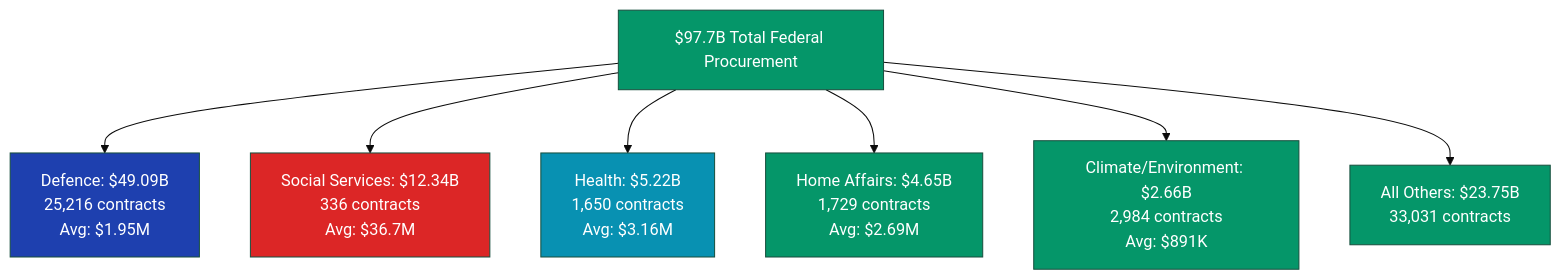
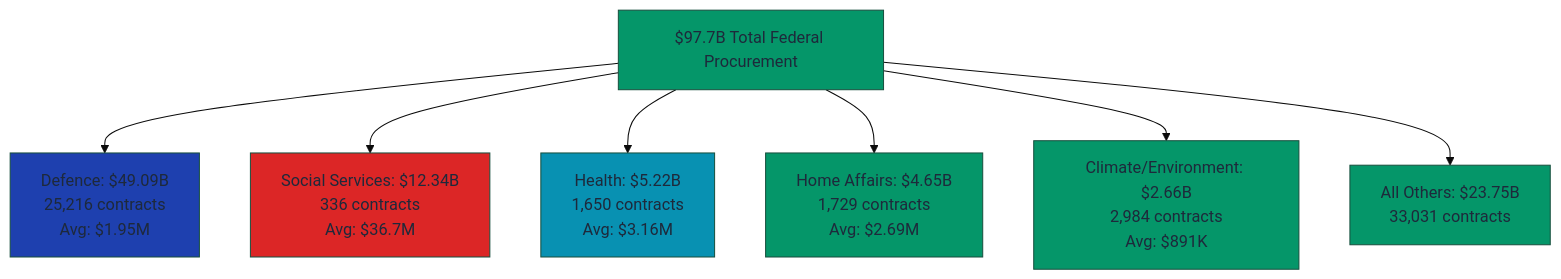
Before and after one commit to taxpayer-money/act-contracts: the fifth of 6 diagrams in federal-report.md, drawn with Mermaid. The commit also changed other lines of this file, not shown here.

First line of the commit message:
Fix federal report Mermaid legend colors

````diff
--- a/federal-report.md
+++ b/federal-report.md
@@ -188,13 +188,13 @@
 ```mermaid
-%%{init: {'theme':'base', 'themeVariables': { 'primaryColor':'#059669','primaryTextColor':'#fff'}}}%%
+%%{init: {'theme':'base', 'themeVariables': { 'primaryColor':'#059669','primaryTextColor':'#1e293b'}}}%%
 graph TD
     A[$97.7B Total Federal Procurement] --> B[Defence: $49.09B<br/>25,216 contracts<br/>Avg: $1.95M]
     A --> C[Social Services: $12.34B<br/>336 contracts<br/>Avg: $36.7M]
     A --> D[Health: $5.22B<br/>1,650 contracts<br/>Avg: $3.16M]
     A --> E[Home Affairs: $4.65B<br/>1,729 contracts<br/>Avg: $2.69M]
     A --> F[Climate/Environment: $2.66B<br/>2,984 contracts<br/>Avg: $891K]
     A --> G[All Others: $23.75B<br/>33,031 contracts]
     style B fill:#1e40af
     style C fill:#dc2626
     style D fill:#0891b2
 ```
````
